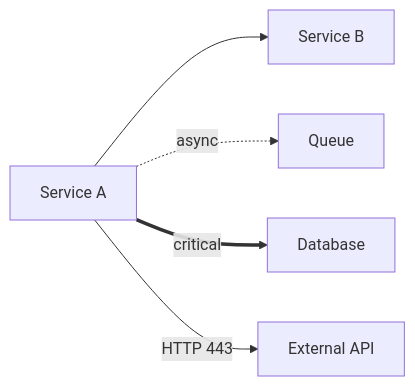
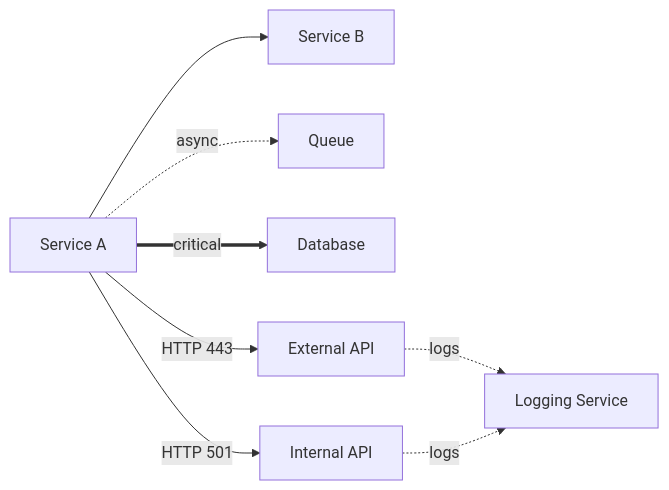
The third of 30 diagrams in docs/tooling/MERMAID-CHEATSHEET.md (ramanshrivastava/build-ai-agents), drawn with Mermaid before and after one commit. The commit also changed other lines of this file, not shown here.

First line of the commit message:
Update Mermaid cheatsheet: simplify renderer notes and add arrow examples

````diff
--- a/docs/tooling/MERMAID-CHEATSHEET.md
+++ b/docs/tooling/MERMAID-CHEATSHEET.md
@@ -59,7 +47,10 @@
 ```mermaid
 graph LR
   A["Service A"] --> B["Service B"]
   A -. "async" .-> C["Queue"]
   A == "critical" ==> D["Database"]
   A -- "HTTP 443" --> E["External API"]
+  A -- "HTTP 501" --> F["Internal API"]
+  E -. "logs" .-> L["Logging Service"]
+  F -. "logs" .-> L["Logging Service"]
 ```
````
